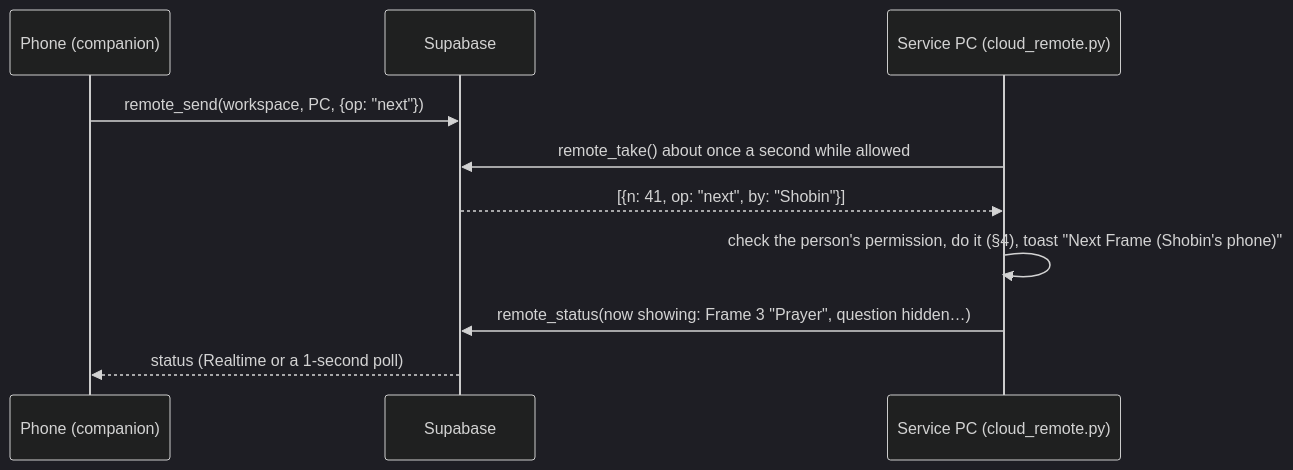
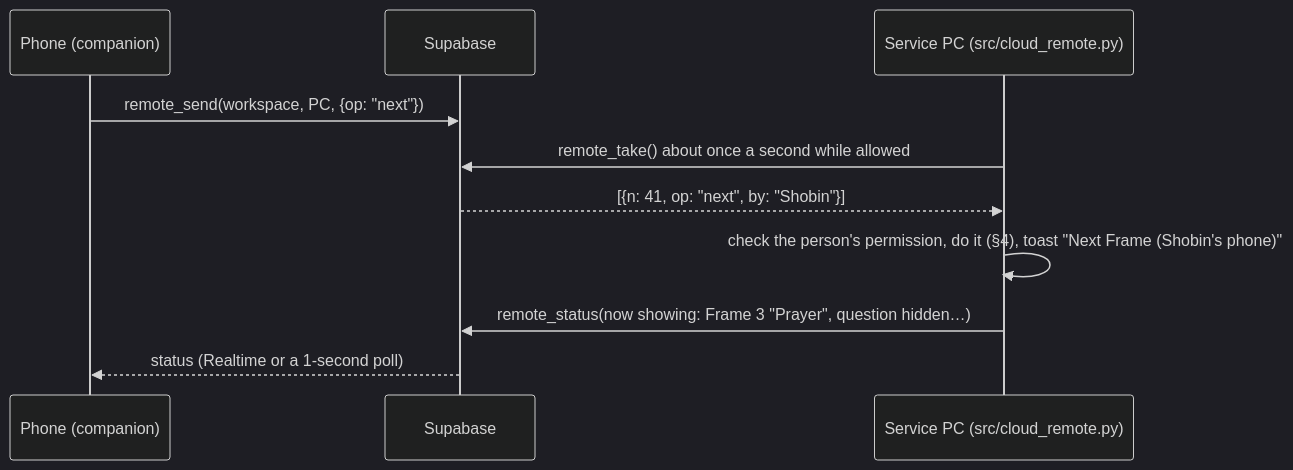
The diagram in docs/architecture/remote-control.md (mshobin/FrameDecks), drawn with Mermaid (dark theme) before and after one commit. The commit also changed other lines of this file and 109 other files, not shown here.

First line of the commit message:
Reorganize root: Python modules to src/, community docs to .github/, licences to legal/, changelog and roadmap to docs/, ruff config to config/

````diff
--- a/docs/architecture/remote-control.md
+++ b/docs/architecture/remote-control.md
@@ -32,12 +32,12 @@
 ```mermaid
 sequenceDiagram
   participant Ph as Phone (companion)
   participant DB as Supabase
-  participant PC as Service PC (cloud_remote.py)
+  participant PC as Service PC (src/cloud_remote.py)
   Ph->>DB: remote_send(workspace, PC, {op: "next"})
   PC->>DB: remote_take() about once a second while allowed
   DB-->>PC: [{n: 41, op: "next", by: "Shobin"}]
   PC->>PC: check the person's permission, do it (§4), toast "Next Frame (Shobin's phone)"
   PC->>DB: remote_status(now showing: Frame 3 "Prayer", question hidden…)
   DB-->>Ph: status (Realtime or a 1-second poll)
 ```
````
